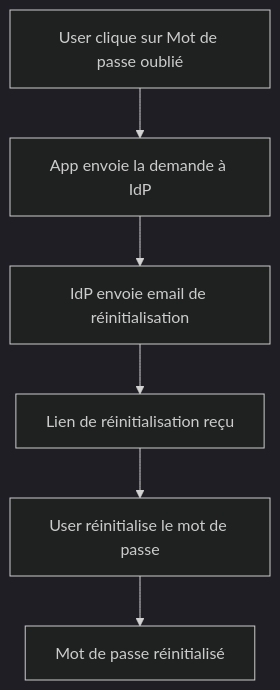
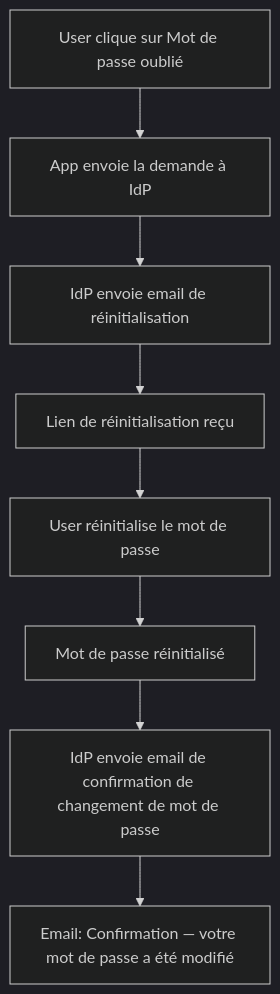
Diagram 16 of 16 in docs/identity-flows-mermaid.md (FantasticJoho/johodp), drawn with Mermaid (dark theme) before and after one commit. The commit also changed other lines of this file and 1 other file, not shown here.

Commit message:
feat: Add email confirmation steps for account activation and password reset flows in identity diagrams

````diff
--- a/docs/identity-flows-mermaid.md
+++ b/docs/identity-flows-mermaid.md
@@ -252,8 +291,10 @@
 ```mermaid
 flowchart TD
     A[User clique sur Mot de passe oublié] --> B[App envoie la demande à IdP]
     B --> C[IdP envoie email de réinitialisation]
     C --> D[Lien de réinitialisation reçu]
     D --> E[User réinitialise le mot de passe]
     E --> F[Mot de passe réinitialisé]
+    F --> G[IdP envoie email de confirmation de changement de mot de passe]
+    G --> H[Email: Confirmation — votre mot de passe a été modifié]
 ```
````
